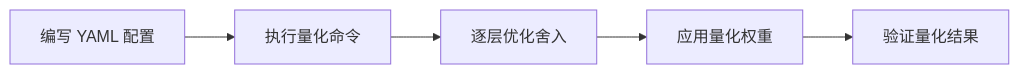
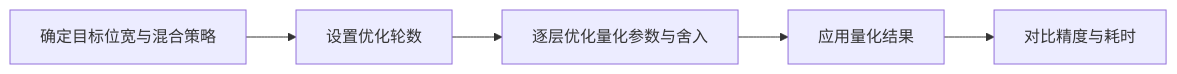
Before and after one commit to mindstudio-docs/master: the diagram in msmodelslim/docs/zh/knowledge_base/quantization_algorithms/autoround/usage_autoround.md, drawn with Mermaid. The commit also changed other lines of this file and 73 other files, not shown here.

````diff
--- a/msmodelslim/docs/zh/knowledge_base/quantization_algorithms/autoround/usage_autoround.md
+++ b/msmodelslim/docs/zh/knowledge_base/quantization_algorithms/autoround/usage_autoround.md
@@ -43,7 +24,7 @@
 ```mermaid
 flowchart LR
-    A[编写 YAML 配置] --> B[执行量化命令]
-    B --> C[逐层优化舍入]
-    C --> D[应用量化权重]
-    D --> E[验证量化结果]
+    A[确定目标位宽与混合策略] --> B[设置优化轮数]
+    B[设置优化轮数] --> C[逐层优化量化参数与舍入]
+    C[逐层优化量化参数与舍入] --> D[应用量化结果]
+    D[应用量化结果] --> E[对比精度与耗时]
 ```
````
